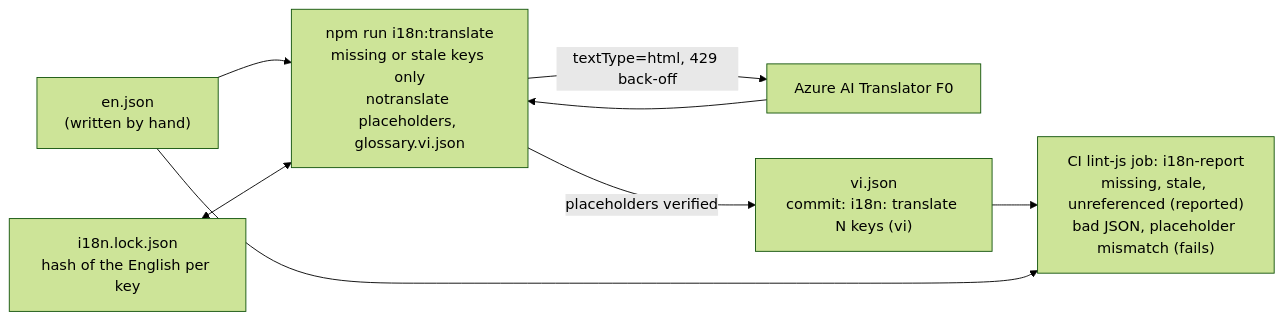
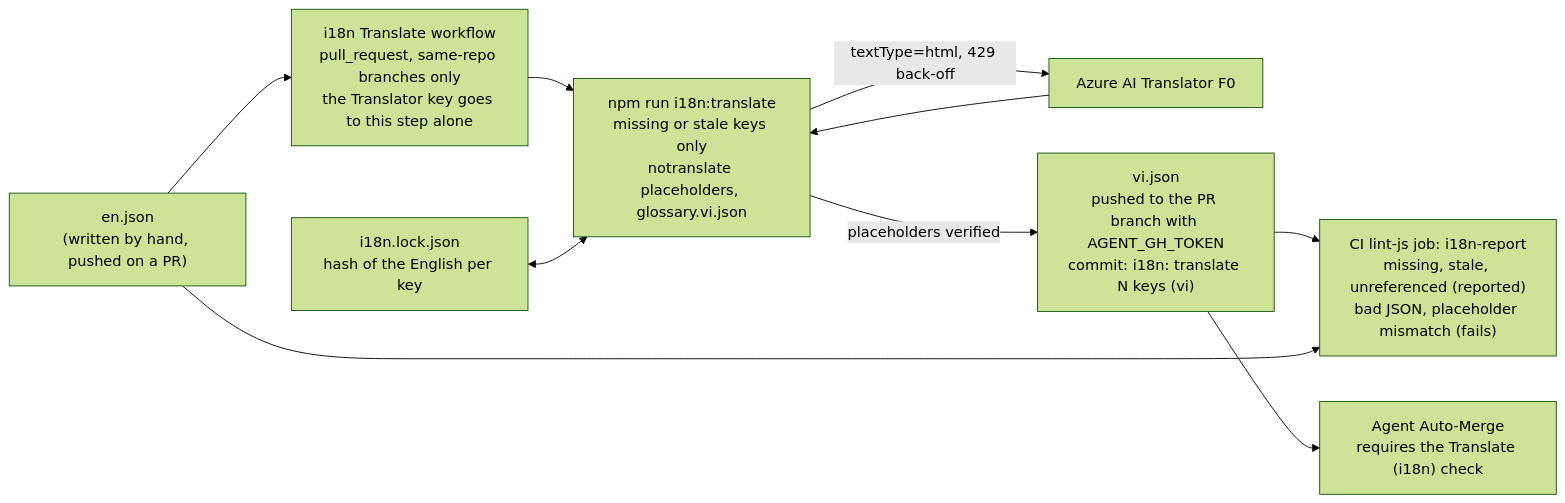
One commit to tngo0508/PersonalFinance changed diagram 27 of 28 in docs/DIAGRAMS.md. Above: the diagram before and after it, drawn with Mermaid (forest theme). The commit also changed 14 other files, not shown here.

First line of the commit message:
Translate Vietnamese in CI so agent PRs never wait on a human (12.5.0)

````diff
--- a/docs/DIAGRAMS.md
+++ b/docs/DIAGRAMS.md
@@ -1348,10 +1348,12 @@
 ```mermaid
 flowchart LR
-    en["en.json<br/>(written by hand)"] --> tr["npm run i18n:translate<br/>missing or stale keys only<br/>notranslate placeholders, glossary.vi.json"]
+    en["en.json<br/>(written by hand, pushed on a PR)"] --> wf["i18n Translate workflow<br/>pull_request, same-repo branches only<br/>the Translator key goes to this step alone"]
+    wf --> tr["npm run i18n:translate<br/>missing or stale keys only<br/>notranslate placeholders, glossary.vi.json"]
     lock["i18n.lock.json<br/>hash of the English per key"] <--> tr
     tr -- "textType=html, 429 back-off" --> az["Azure AI Translator F0"]
     az --> tr
-    tr -- "placeholders verified" --> vi["vi.json<br/>commit: i18n: translate N keys (vi)"]
+    tr -- "placeholders verified" --> vi["vi.json<br/>pushed to the PR branch with AGENT_GH_TOKEN<br/>commit: i18n: translate N keys (vi)"]
     vi --> ci["CI lint-js job: i18n-report<br/>missing, stale, unreferenced (reported)<br/>bad JSON, placeholder mismatch (fails)"]
+    vi --> am["Agent Auto-Merge<br/>requires the Translate (i18n) check"]
     en --> ci
 ```
````
